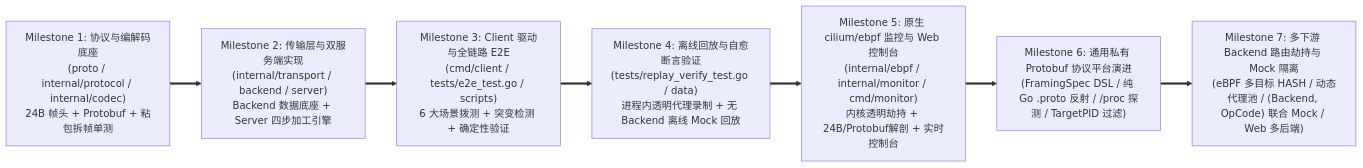
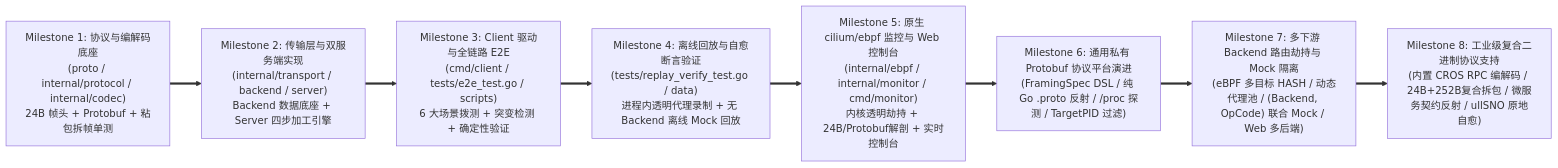
The diagram in docs/04-tasks/01-roadmap.md (fugui/flowbench), drawn with Mermaid before and after one commit. The commit also changed other lines of this file and 14 other files, not shown here.

Commit message:
feat: 实现内置 DOPHI CROS RPC 复合多级协议编解码与契约自愈回放 (Milestone 8)

````diff
--- a/docs/04-tasks/01-roadmap.md
+++ b/docs/04-tasks/01-roadmap.md
@@ -19,12 +19,13 @@
 ```mermaid
 flowchart LR
     M1["Milestone 1: 协议与编解码底座<br/>(proto / internal/protocol / internal/codec)<br/>24B 帧头 + Protobuf + 粘包拆帧单测"]
     M2["Milestone 2: 传输层与双服务端实现<br/>(internal/transport / backend / server)<br/>Backend 数据底座 + Server 四步加工引擎"]
     M3["Milestone 3: Client 驱动与全链路 E2E<br/>(cmd/client / tests/e2e_test.go / scripts)<br/>6 大场景拨测 + 突变检测 + 确定性验证"]
     M4["Milestone 4: 离线回放与自愈断言验证<br/>(tests/replay_verify_test.go / data)<br/>进程内透明代理录制 + 无 Backend 离线 Mock 回放"]
     M5["Milestone 5: 原生 cilium/ebpf 监控与 Web 控制台<br/>(internal/ebpf / internal/monitor / cmd/monitor)<br/>内核透明劫持 + 24B/Protobuf解剖 + 实时控制台"]
     M6["Milestone 6: 通用私有 Protobuf 协议平台演进<br/>(FramingSpec DSL / 纯 Go .proto 反射 / /proc 探测 / TargetPID 过滤)"]
     M7["Milestone 7: 多下游 Backend 路由劫持与 Mock 隔离<br/>(eBPF 多目标 HASH / 动态代理池 / (Backend, OpCode) 联合 Mock / Web 多后端)"]
+    M8["Milestone 8: 工业级复合二进制协议支持<br/>(内置 CROS RPC 编解码 / 24B+252B复合拆包 / 微服务契约反射 / ullSNO 原地自愈)"]
 
-    M1 ==> M2 ==> M3 ==> M4 ==> M5 ==> M6 ==> M7
+    M1 ==> M2 ==> M3 ==> M4 ==> M5 ==> M6 ==> M7 ==> M8
 ```
````
